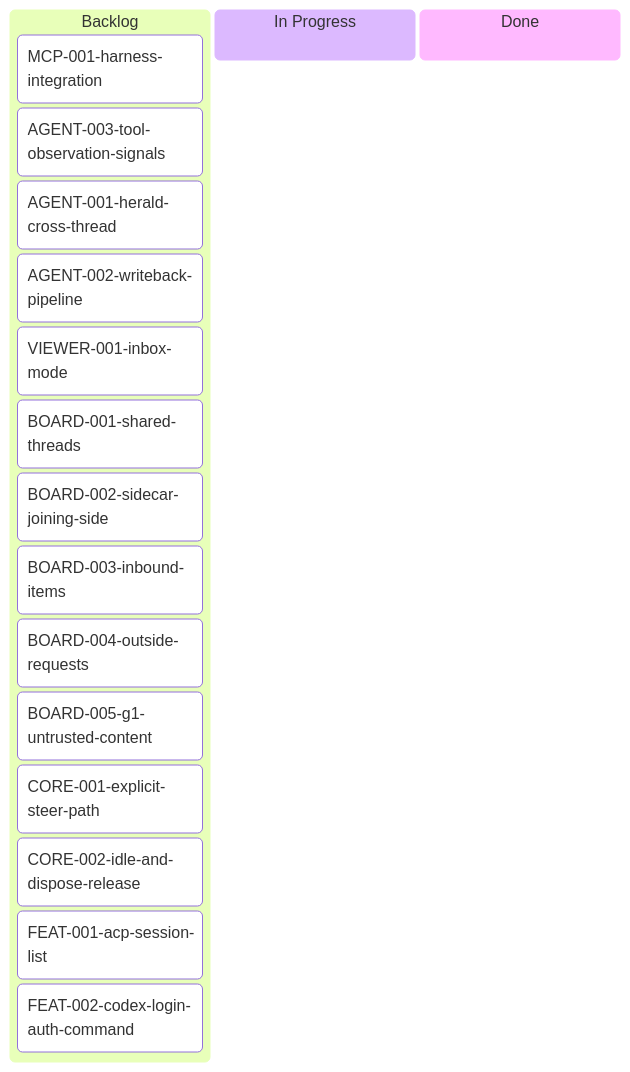
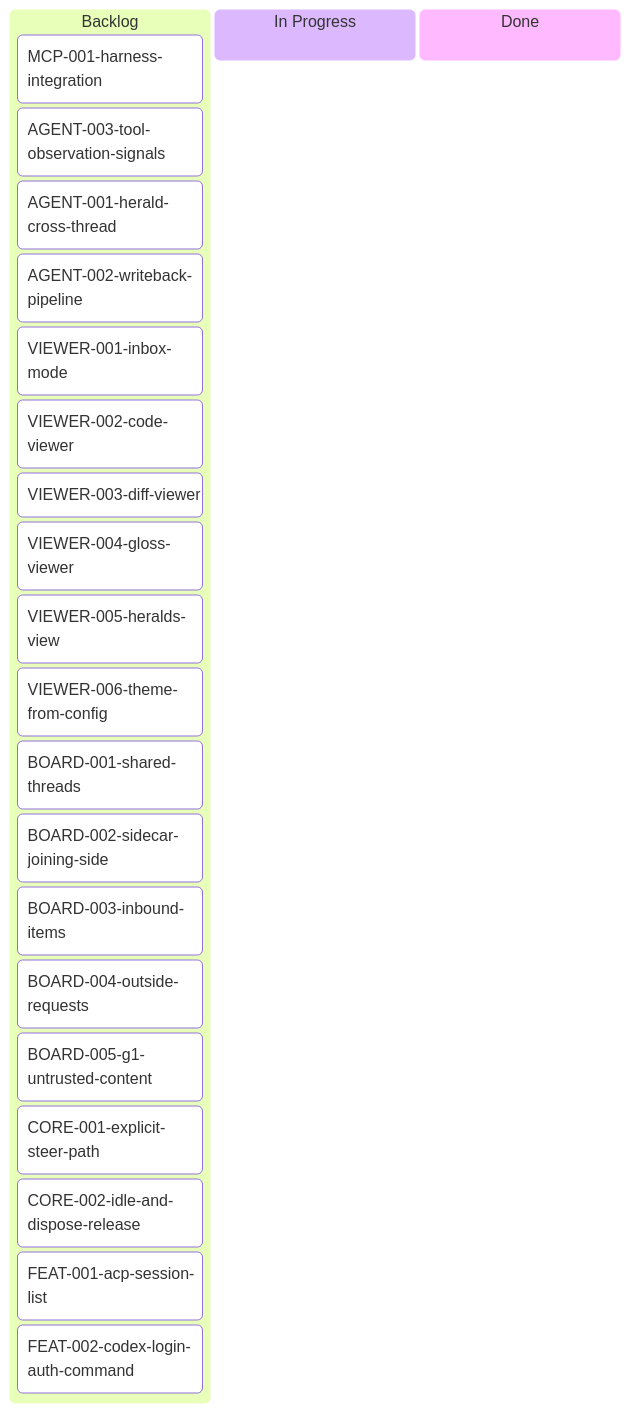
The diagram in tickets/kanban-backlog.md (inixiative/foundry), drawn with Mermaid before and after one commit. The commit also changed other lines of this file and 9 other files, not shown here.

First line of the commit message:
fix(viewer): the board is a workspace view; no Gloss button until a Gloss viewer; tickets VIEWER-002..006

````diff
--- a/tickets/kanban-backlog.md
+++ b/tickets/kanban-backlog.md
@@ -3,25 +3,30 @@
 ```mermaid
 ---
 config:
   kanban:
     ticketBaseUrl: 'https://github.com/inixiative/foundry/blob/main/tickets/#TICKET#.md'
 ---
 kanban
   Backlog
     MCP-001-harness-integration
     AGENT-003-tool-observation-signals
     AGENT-001-herald-cross-thread
     AGENT-002-writeback-pipeline
     VIEWER-001-inbox-mode
+    VIEWER-002-code-viewer
+    VIEWER-003-diff-viewer
+    VIEWER-004-gloss-viewer
+    VIEWER-005-heralds-view
+    VIEWER-006-theme-from-config
     BOARD-001-shared-threads
     BOARD-002-sidecar-joining-side
     BOARD-003-inbound-items
     BOARD-004-outside-requests
     BOARD-005-g1-untrusted-content
     CORE-001-explicit-steer-path
     CORE-002-idle-and-dispose-release
     FEAT-001-acp-session-list
     FEAT-002-codex-login-auth-command
   In Progress
   Done
 ```
````
